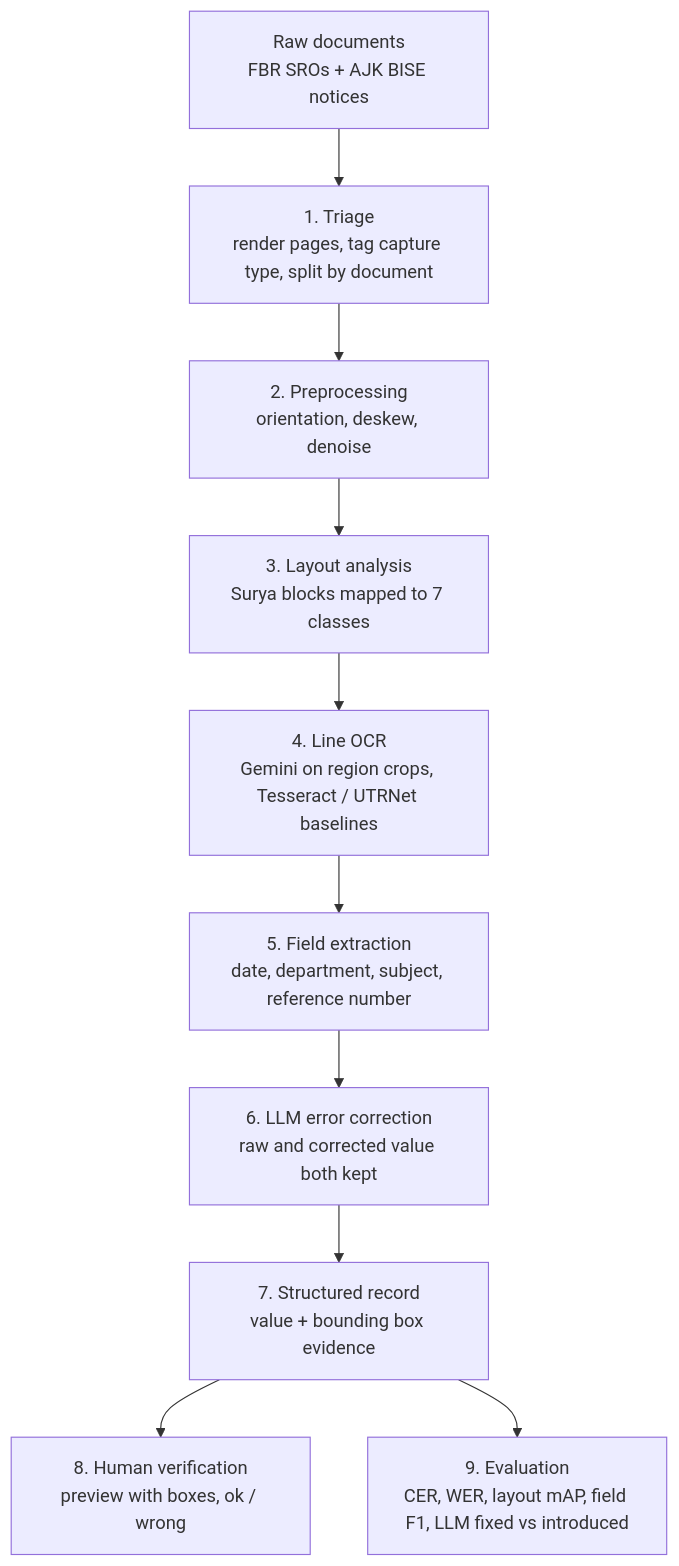
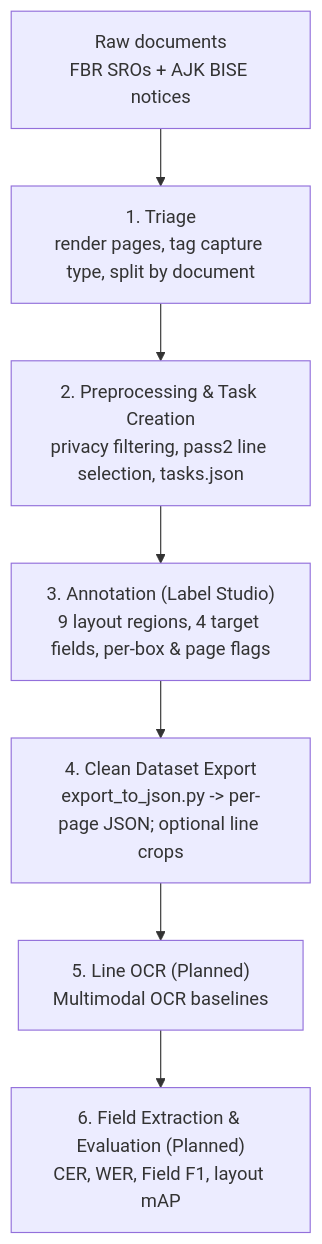
One commit to AleenaAhmed007/Nastaliq-Document-Intelligence changed the diagram in README.md. Above: the diagram before and after it, drawn with Mermaid. The commit also changed other lines of this file and 2871 other files, not shown here.

````diff
--- a/README.md
+++ b/README.md
@@ -11,12 +11,9 @@
 ```mermaid
 flowchart TD
-    A[Raw documents<br/>FBR SROs + AJK BISE notices] --> B[1. Triage<br/>render pages, tag capture type, split by document]
-    B --> C[2. Preprocessing<br/>orientation, deskew, denoise]
-    C --> D[3. Layout analysis<br/>Surya blocks mapped to 7 classes]
-    D --> E[4. Line OCR<br/>Gemini on region crops, Tesseract / UTRNet baselines]
-    E --> F[5. Field extraction<br/>date, department, subject, reference number]
-    F --> G[6. LLM error correction<br/>raw and corrected value both kept]
-    G --> H[7. Structured record<br/>value + bounding box evidence]
-    H --> I[8. Human verification<br/>preview with boxes, ok / wrong]
-    H --> J[9. Evaluation<br/>CER, WER, layout mAP, field F1, LLM fixed vs introduced]
+    A["Raw documents<br/>FBR SROs + AJK BISE notices"] --> B["1. Triage<br/>render pages, tag capture type, split by document"]
+    B --> C["2. Preprocessing & Task Creation<br/>privacy filtering, pass2 line selection, tasks.json"]
+    C --> D["3. Annotation (Label Studio)<br/>9 layout regions, 4 target fields, per-box & page flags"]
+    D --> E["4. Clean Dataset Export<br/>export_to_json.py -> per-page JSON; optional line crops"]
+    E --> F["5. Line OCR (Planned)<br/>Multimodal OCR baselines"]
+    F --> G["6. Field Extraction & Evaluation (Planned)<br/>CER, WER, Field F1, layout mAP"]
 ```
````
